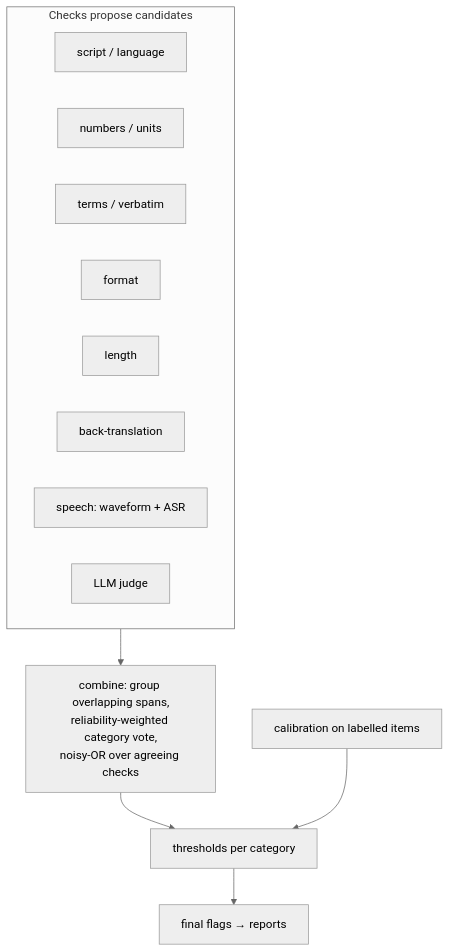
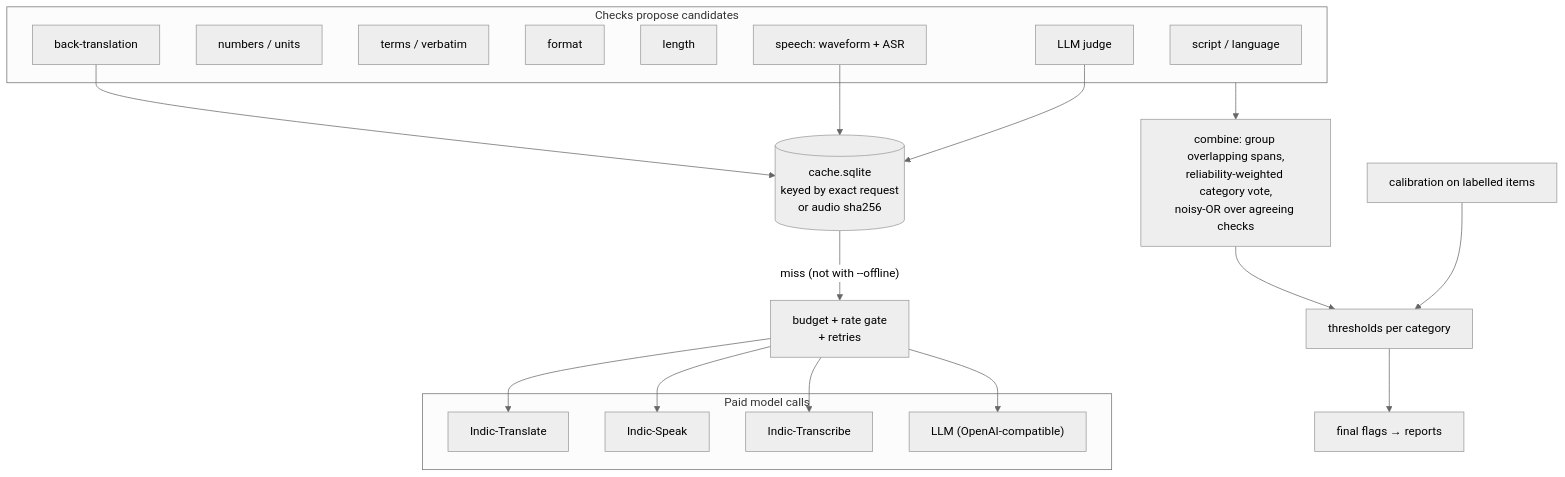
One commit to Bodhan-AI/Bodhan-AI-Cookbook changed the diagram in examples/translation_speech_quality_harness/docs/design.md. Above: the diagram before and after it, drawn with Mermaid (neutral theme). The commit also changed other lines of this file and 21 other files, not shown here.

````diff
--- a/examples/translation_speech_quality_harness/docs/design.md
+++ b/examples/translation_speech_quality_harness/docs/design.md
@@ -20,13 +20,26 @@
 ```mermaid
 flowchart TB
-  subgraph checks [Checks propose candidates]
-    A[script / language] & N[numbers / units] & TM[terms / verbatim] & FM[format] & L[length]
-    BT[back-translation]
-    SP[speech: waveform + ASR]
-    J[LLM judge]
+  subgraph checks ["Checks propose candidates"]
+    A["script / language"] & N["numbers / units"] & TM["terms / verbatim"] & FM["format"] & L["length"]
+    BT["back-translation"]
+    SP["speech: waveform + ASR"]
+    J["LLM judge"]
   end
-  checks --> CB[combine: group overlapping spans,<br/>reliability-weighted category vote,<br/>noisy-OR over agreeing checks]
-  CB --> TH[thresholds per category]
-  CAL[calibration on labelled items] --> TH
-  TH --> OUT[final flags → reports]
+  subgraph models ["Paid model calls"]
+    TR["Indic-Translate"]
+    TTS["Indic-Speak"]
+    ASR["Indic-Transcribe"]
+    LLM["LLM (OpenAI-compatible)"]
+  end
+  CACHE[("cache.sqlite<br/>keyed by exact request<br/>or audio sha256")]
+  BUD["budget + rate gate<br/>+ retries"]
+  BT --> CACHE
+  SP --> CACHE
+  J --> CACHE
+  CACHE -->|"miss (not with --offline)"| BUD
+  BUD --> TR & TTS & ASR & LLM
+  checks --> CB["combine: group overlapping spans,<br/>reliability-weighted category vote,<br/>noisy-OR over agreeing checks"]
+  CB --> TH["thresholds per category"]
+  CAL["calibration on labelled items"] --> TH
+  TH --> OUT["final flags → reports"]
 ```
````
